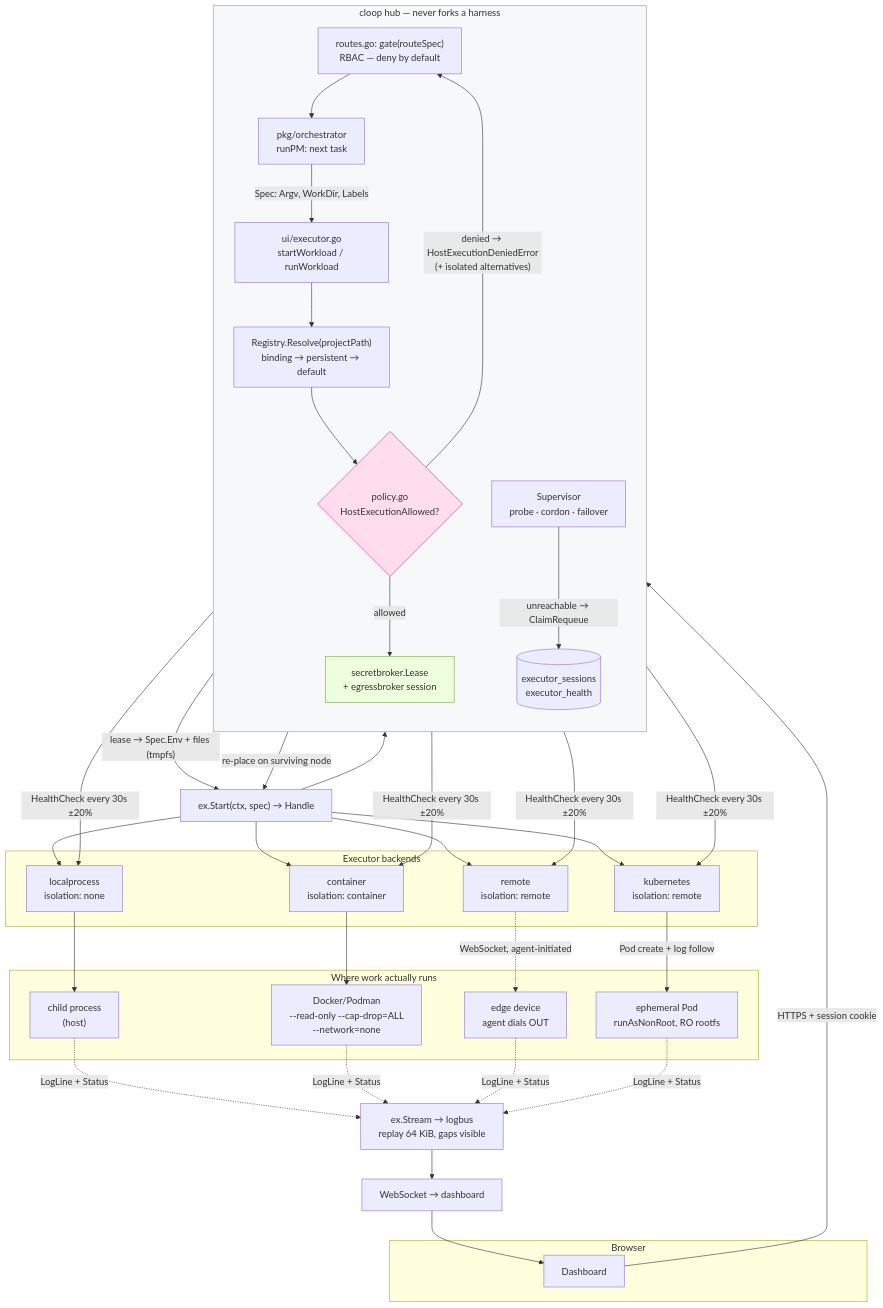
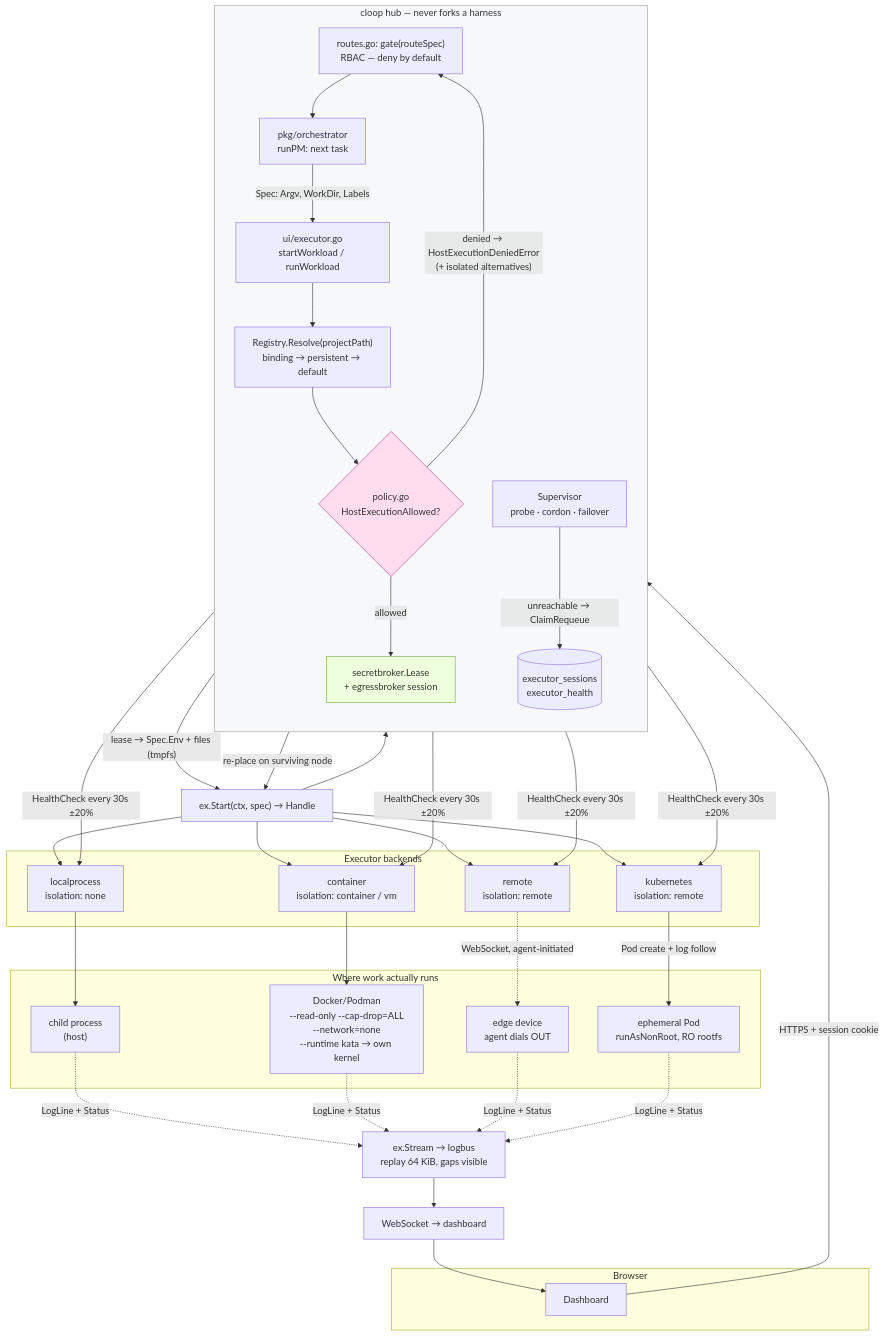
One commit to blechschmidt/cloop changed the first of 2 diagrams in docs/architecture/executors.md. Above: the diagram before and after it, drawn with Mermaid. The commit also changed other lines of this file and 31 other files, not shown here.

````diff
--- a/docs/architecture/executors.md
+++ b/docs/architecture/executors.md
@@ -584,59 +727,59 @@
 ```mermaid
 flowchart TB
     subgraph browser["Browser"]
         UI["Dashboard"]
     end
 
     subgraph hub["cloop hub — never forks a harness"]
         direction TB
         RT["routes.go: gate(routeSpec)<br/>RBAC — deny by default"]
         ORCH["pkg/orchestrator<br/>runPM: next task"]
         SW["ui/executor.go<br/>startWorkload / runWorkload"]
         REG["Registry.Resolve(projectPath)<br/>binding → persistent → default"]
         POL{"policy.go<br/>HostExecutionAllowed?"}
         SB["secretbroker.Lease<br/>+ egressbroker session"]
         SUP["Supervisor<br/>probe · cordon · failover"]
         SESS[("executor_sessions<br/>executor_health")]
     end
 
     subgraph backends["Executor backends"]
         LP["localprocess<br/>isolation: none"]
-        CT["container<br/>isolation: container"]
+        CT["container<br/>isolation: container / vm"]
         RM["remote<br/>isolation: remote"]
         K8["kubernetes<br/>isolation: remote"]
     end
 
     subgraph sandboxes["Where work actually runs"]
         PROC["child process<br/>(host)"]
-        DOCK["Docker/Podman<br/>--read-only --cap-drop=ALL<br/>--network=none"]
+        DOCK["Docker/Podman<br/>--read-only --cap-drop=ALL<br/>--network=none<br/>--runtime kata → own kernel"]
         EDGE["edge device<br/>agent dials OUT"]
         POD["ephemeral Pod<br/>runAsNonRoot, RO rootfs"]
     end
 
     UI -->|"HTTPS + session cookie"| RT
     RT --> ORCH
     ORCH -->|"Spec: Argv, WorkDir, Labels"| SW
     SW --> REG
     REG --> POL
     POL -->|"denied → HostExecutionDeniedError<br/>(+ isolated alternatives)"| RT
     POL -->|allowed| SB
     SB -->|"lease → Spec.Env + files (tmpfs)"| DISPATCH["ex.Start(ctx, spec) → Handle"]
     DISPATCH --> LP & CT & RM & K8
     LP --> PROC
     CT --> DOCK
     RM -.->|"WebSocket, agent-initiated"| EDGE
     K8 -->|"Pod create + log follow"| POD
 
     PROC & DOCK & EDGE & POD -.->|"LogLine + Status"| STREAM["ex.Stream → logbus<br/>replay 64 KiB, gaps visible"]
     STREAM --> WS["WebSocket → dashboard"]
     WS --> UI
 
     DISPATCH --> SESS
     SUP -->|"HealthCheck every 30s ±20%"| LP & CT & RM & K8
     SUP -->|"unreachable → ClaimRequeue"| SESS
     SESS -->|"re-place on surviving node"| DISPATCH
 
     style POL fill:#fde,stroke:#c39
     style SB fill:#efd,stroke:#7a4
     style hub fill:#f6f8fa,stroke:#999
 ```
````
